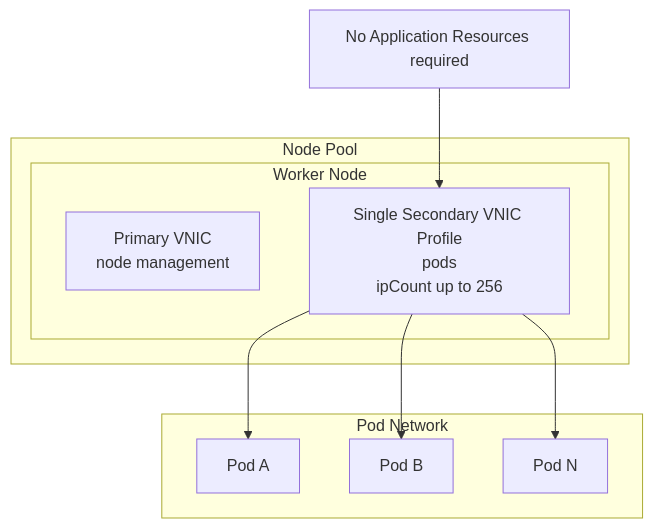
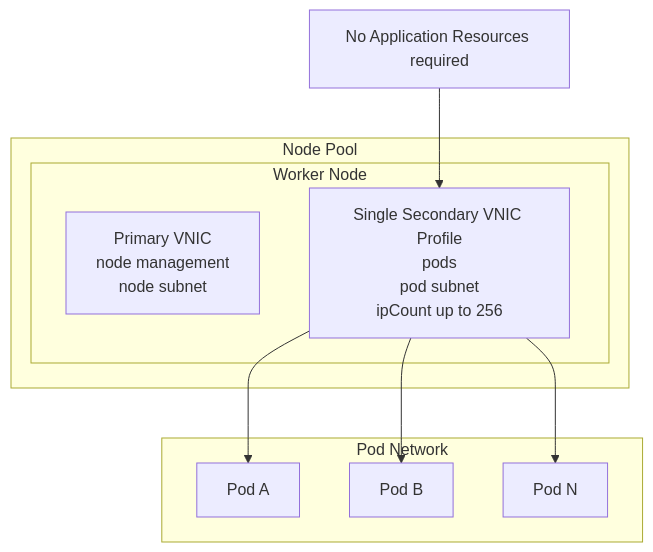
One commit to chiphwang1/gva_docs changed the second of 3 diagrams in combined.md. Above: the diagram before and after it, drawn with Mermaid. The commit also changed other lines of this file, not shown here.

Commit message:
Tighten GVA architecture guidance

````diff
--- a/combined.md
+++ b/combined.md
@@ -330,25 +334,27 @@
 ```mermaid
 flowchart TB
     subgraph NP["Node Pool"]
         subgraph N1["Worker Node"]
             PV["Primary VNIC
-node management"]
+node management
+node subnet"]
             VP["Single Secondary VNIC Profile
 pods
+pod subnet
 ipCount up to 256"]
         end
     end
 
     subgraph PODNET["Pod Network"]
         P1["Pod A"]
         P2["Pod B"]
         P3["Pod N"]
     end
 
     NOTE["No Application Resources required"]
 
     VP --> P1
     VP --> P2
     VP --> P3
     NOTE --> VP
 ```
````
